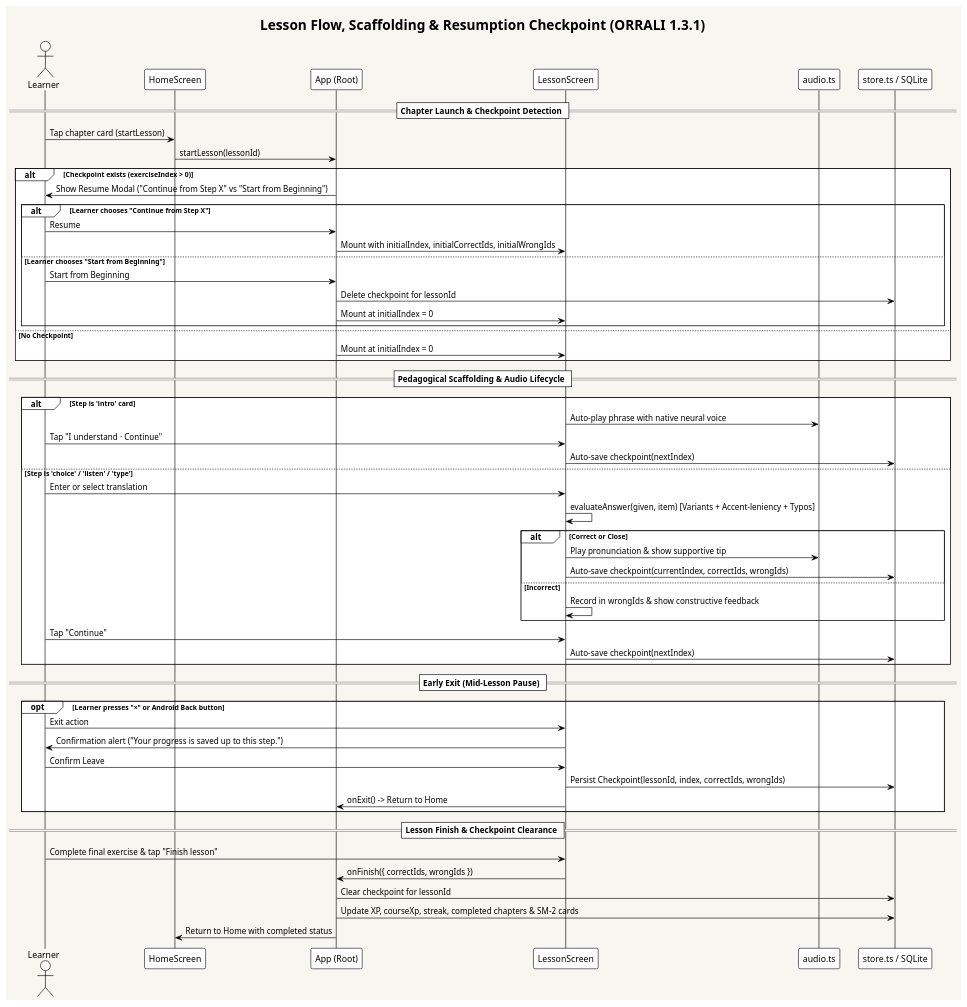
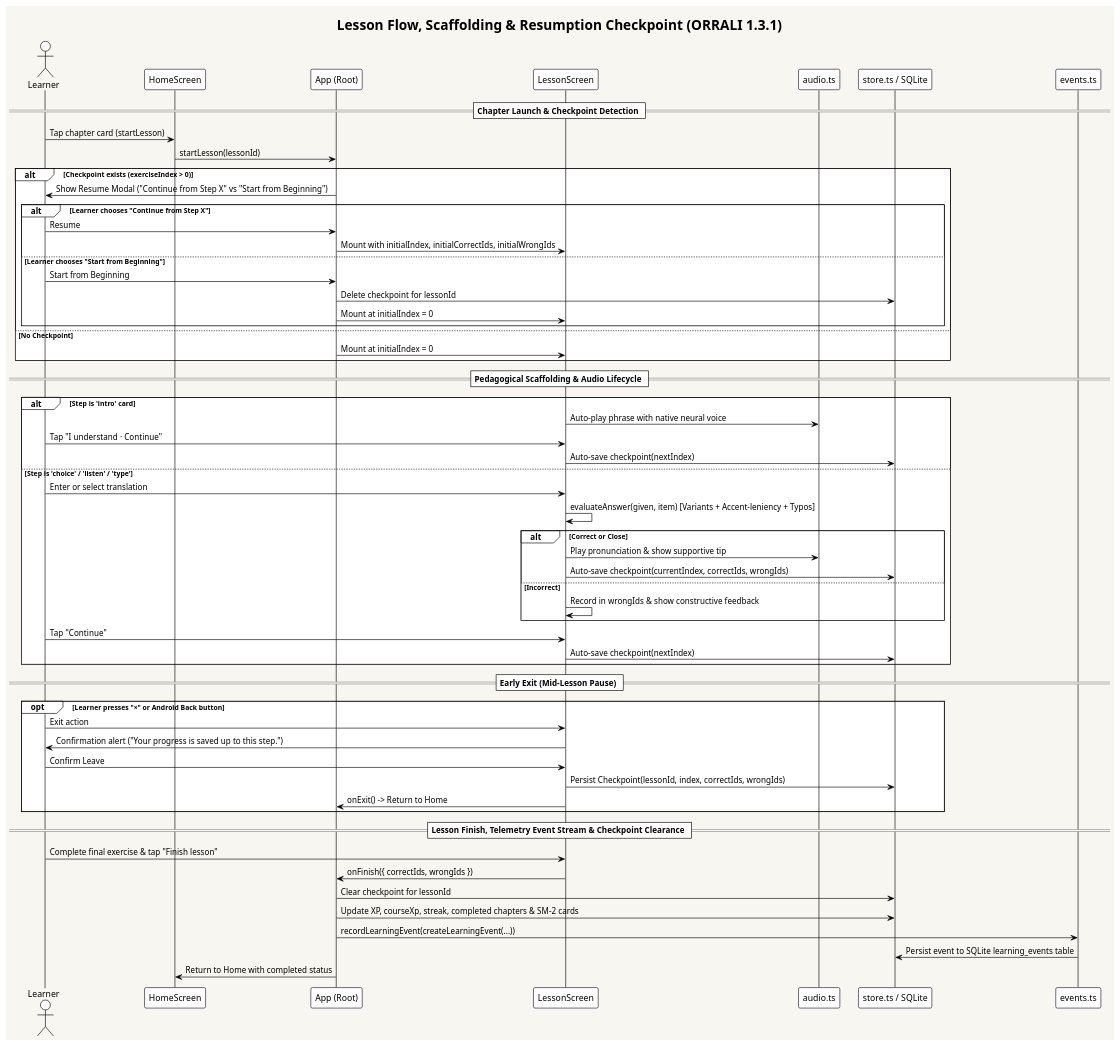
Before and after one commit to AhmedRafique/ORRALI: the diagram in docs/lesson-flow.puml, drawn with PlantUML. The commit also changed 11 other files, not shown here.

Commit message:
feat: release v6.5.0 - Writing Lab & Pedagogical Correction Engine (8-point correction debrief, deterministic grammar scanners for FR/DE/ES, multi-format challenges, Home launchers, and PlantUML sync) with 268 TDD tests

```diff
--- a/docs/lesson-flow.puml
+++ b/docs/lesson-flow.puml
@@ -1,68 +1,70 @@
 @startuml Lesson_Flow_and_Checkpoint_Lifecycle
 !theme plain
 skinparam backgroundColor #F8F6F1
 skinparam defaultFontName Arial
 skinparam sequenceParticipantBackgroundColor #FFFFFF
 skinparam sequenceParticipantBorderColor #1B1536
 
 title Lesson Flow, Scaffolding & Resumption Checkpoint (ORRALI 1.3.1)
 
 actor Learner
 participant "HomeScreen" as Home
 participant "App (Root)" as App
 participant "LessonScreen" as Lesson
 participant "audio.ts" as Audio
 participant "store.ts / SQLite" as Storage
 
 == Chapter Launch & Checkpoint Detection ==
 Learner -> Home : Tap chapter card (startLesson)
 Home -> App : startLesson(lessonId)
 alt Checkpoint exists (exerciseIndex > 0)
   App -> Learner : Show Resume Modal ("Continue from Step X" vs "Start from Beginning")
   alt Learner chooses "Continue from Step X"
     Learner -> App : Resume
     App -> Lesson : Mount with initialIndex, initialCorrectIds, initialWrongIds
   else Learner chooses "Start from Beginning"
     Learner -> App : Start from Beginning
     App -> Storage : Delete checkpoint for lessonId
     App -> Lesson : Mount at initialIndex = 0
   end
 else No Checkpoint
   App -> Lesson : Mount at initialIndex = 0
 end
 
 == Pedagogical Scaffolding & Audio Lifecycle ==
 alt Step is 'intro' card
   Lesson -> Audio : Auto-play phrase with native neural voice
   Learner -> Lesson : Tap "I understand · Continue"
   Lesson -> Storage : Auto-save checkpoint(nextIndex)
 else Step is 'choice' / 'listen' / 'type'
   Learner -> Lesson : Enter or select translation
   Lesson -> Lesson : evaluateAnswer(given, item) [Variants + Accent-leniency + Typos]
   alt Correct or Close
     Lesson -> Audio : Play pronunciation & show supportive tip
     Lesson -> Storage : Auto-save checkpoint(currentIndex, correctIds, wrongIds)
   else Incorrect
     Lesson -> Lesson : Record in wrongIds & show constructive feedback
   end
   Learner -> Lesson : Tap "Continue"
   Lesson -> Storage : Auto-save checkpoint(nextIndex)
 end
 
 == Early Exit (Mid-Lesson Pause) ==
 opt Learner presses "×" or Android Back button
   Learner -> Lesson : Exit action
   Lesson -> Learner : Confirmation alert ("Your progress is saved up to this step.")
   Learner -> Lesson : Confirm Leave
   Lesson -> Storage : Persist Checkpoint(lessonId, index, correctIds, wrongIds)
   Lesson -> App : onExit() -> Return to Home
 end
 
-== Lesson Finish & Checkpoint Clearance ==
+== Lesson Finish, Telemetry Event Stream & Checkpoint Clearance ==
 Learner -> Lesson : Complete final exercise & tap "Finish lesson"
 Lesson -> App : onFinish({ correctIds, wrongIds })
 App -> Storage : Clear checkpoint for lessonId
 App -> Storage : Update XP, courseXp, streak, completed chapters & SM-2 cards
+App -> "events.ts" as Events : recordLearningEvent(createLearningEvent(...))
+Events -> Storage : Persist event to SQLite learning_events table
 App -> Home : Return to Home with completed status
 
 @enduml
```
